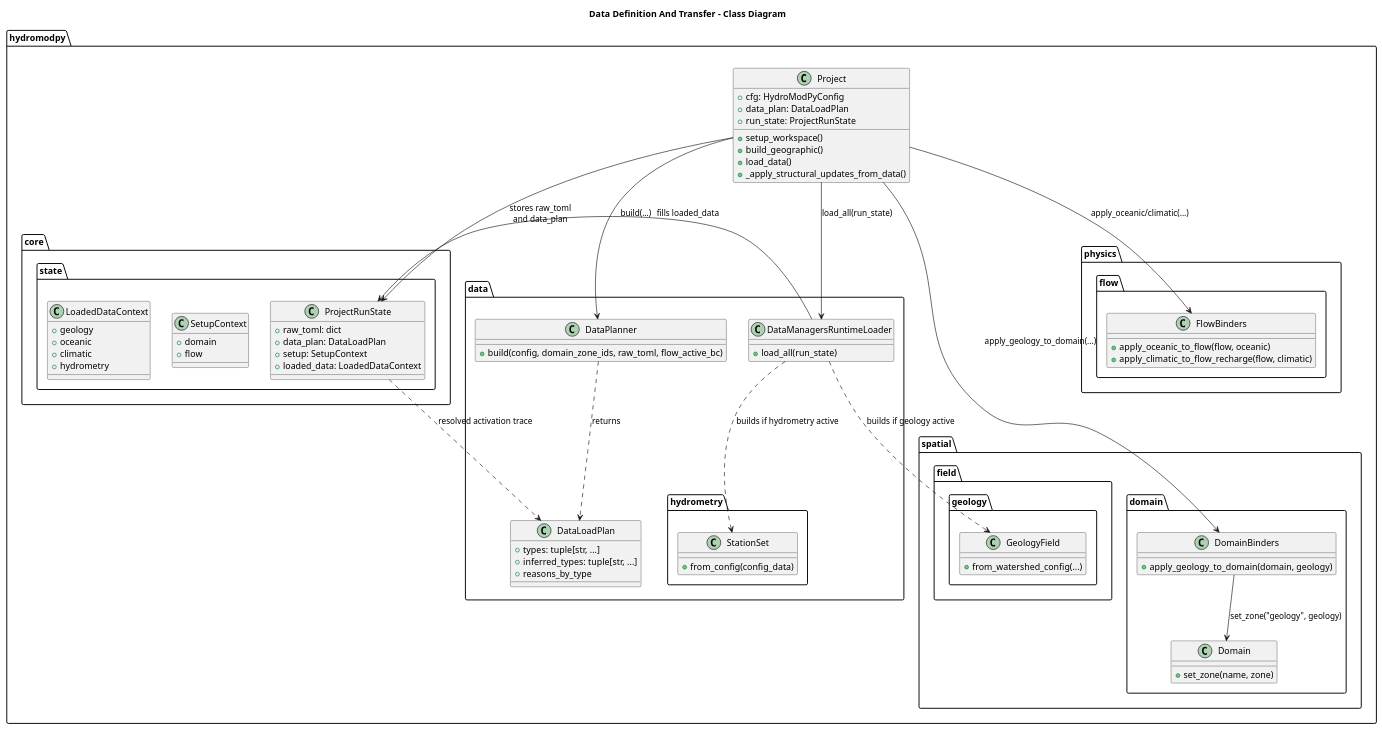
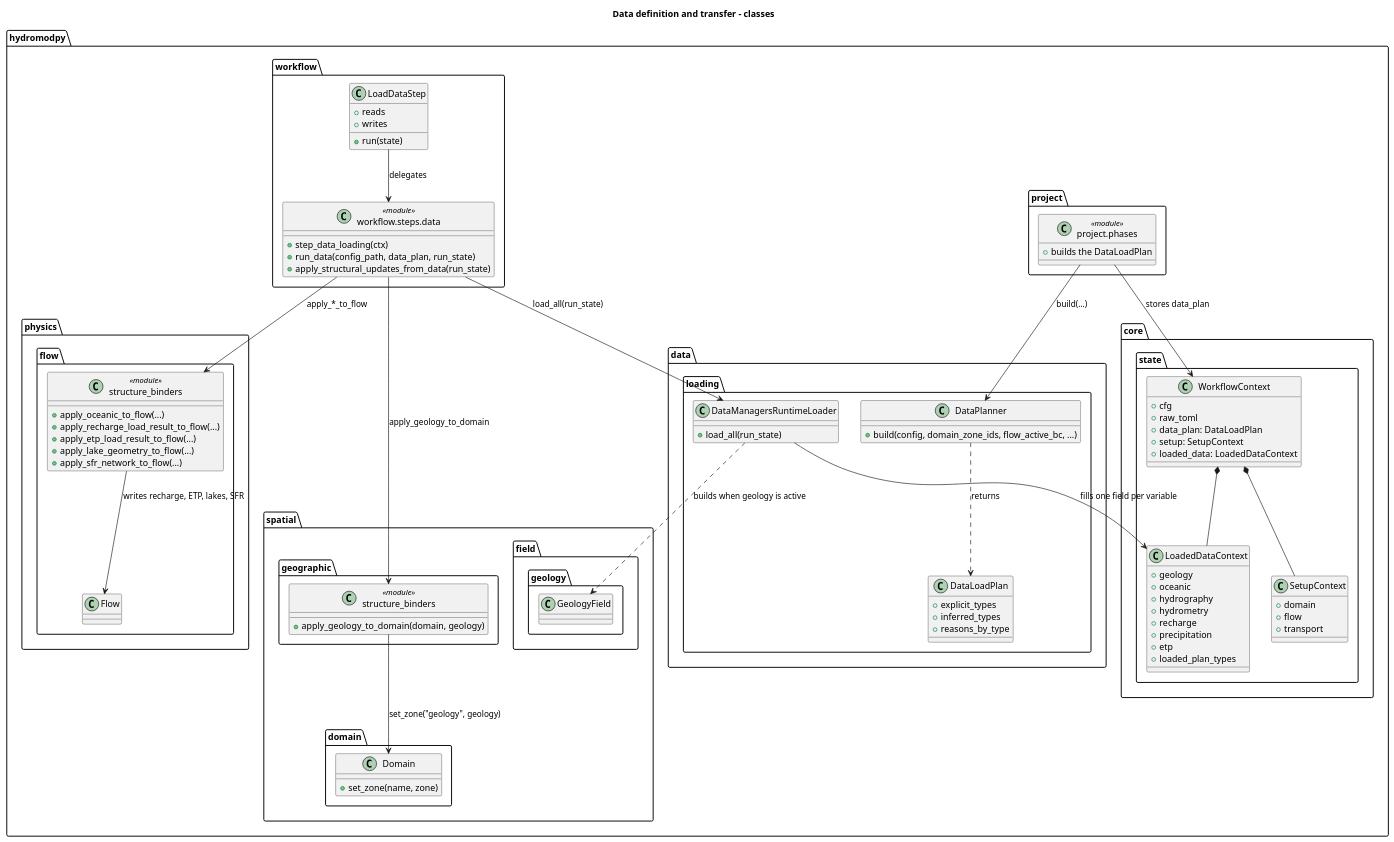
The diagram in docs/source/contribute/architecture/data_loading/diagrams/data_definition_transfer_class.wsd (HydroModPy/HydroModPy), drawn with PlantUML before and after one commit. The commit also changed 636 other files, not shown here.

```diff
--- a/docs/source/contribute/architecture/data_loading/diagrams/data_definition_transfer_class.wsd
+++ b/docs/source/contribute/architecture/data_loading/diagrams/data_definition_transfer_class.wsd
@@ -1,96 +1,108 @@
 @startuml
-title Data Definition And Transfer - Class Diagram
+title Data definition and transfer - classes
 
-package "hydromodpy" {
-  class Project {
-    +cfg: HydroModPyConfig
-    +data_plan: DataLoadPlan
-    +run_state: ProjectRunState
-    +setup_workspace()
-    +build_geographic()
-    +load_data()
-    +_apply_structural_updates_from_data()
+package "hydromodpy.project" {
+  class "project.phases" as ProjectPhases <<module>> {
+    +builds the DataLoadPlan
+  }
+}
+
+package "hydromodpy.workflow" {
+  class LoadDataStep {
+    +reads
+    +writes
+    +run(state)
+  }
+  class "workflow.steps.data" as DataStepModule <<module>> {
+    +step_data_loading(ctx)
+    +run_data(config_path, data_plan, run_state)
+    +apply_structural_updates_from_data(run_state)
   }
 }
 
 package "hydromodpy.core.state" {
-  class ProjectRunState {
-    +raw_toml: dict
+  class WorkflowContext {
+    +cfg
+    +raw_toml
     +data_plan: DataLoadPlan
     +setup: SetupContext
     +loaded_data: LoadedDataContext
   }
 
   class SetupContext {
     +domain
     +flow
+    +transport
   }
 
   class LoadedDataContext {
     +geology
     +oceanic
-    +climatic
+    +hydrography
     +hydrometry
+    +recharge
+    +precipitation
+    +etp
+    +loaded_plan_types
   }
 }
 
-package "hydromodpy.data" {
+package "hydromodpy.data.loading" {
   class DataPlanner {
-    +build(config, domain_zone_ids, raw_toml, flow_active_bc)
+    +build(config, domain_zone_ids, flow_active_bc, ...)
   }
 
   class DataLoadPlan {
-    +types: tuple[str, ...]
-    +inferred_types: tuple[str, ...]
+    +explicit_types
+    +inferred_types
     +reasons_by_type
   }
 
   class DataManagersRuntimeLoader {
     +load_all(run_state)
   }
 }
 
 package "hydromodpy.spatial.field.geology" {
-  class GeologyField {
-    +from_watershed_config(...)
-  }
-}
-
-package "hydromodpy.data.hydrometry" {
-  class StationSet {
-    +from_config(config_data)
-  }
+  class GeologyField
 }
 
 package "hydromodpy.spatial.domain" {
   class Domain {
     +set_zone(name, zone)
   }
+}
 
-  class DomainBinders {
+package "hydromodpy.physics.flow" {
+  class Flow
+  class "structure_binders" as FlowBinders <<module>> {
+    +apply_oceanic_to_flow(...)
+    +apply_recharge_load_result_to_flow(...)
+    +apply_etp_load_result_to_flow(...)
+    +apply_lake_geometry_to_flow(...)
+    +apply_sfr_network_to_flow(...)
+  }
+}
+
+package "hydromodpy.spatial.geographic" {
+  class "structure_binders" as DomainBinders <<module>> {
     +apply_geology_to_domain(domain, geology)
   }
 }
 
-package "hydromodpy.physics.flow" {
-  class FlowBinders {
-    +apply_oceanic_to_flow(flow, oceanic)
-    +apply_climatic_to_flow_recharge(flow, climatic)
-  }
-}
+ProjectPhases --> DataPlanner : build(...)
+DataPlanner ..> DataLoadPlan : returns
+ProjectPhases --> WorkflowContext : stores data_plan
+LoadDataStep --> DataStepModule : delegates
+DataStepModule --> DataManagersRuntimeLoader : load_all(run_state)
+DataManagersRuntimeLoader --> LoadedDataContext : fills one field per variable
+DataManagersRuntimeLoader ..> GeologyField : builds when geology is active
 
-Project --> DataPlanner : build(...)
-DataPlanner ..> DataLoadPlan : returns
-Project --> ProjectRunState : stores raw_toml\nand data_plan
-Project --> DataManagersRuntimeLoader : load_all(run_state)
-DataManagersRuntimeLoader --> ProjectRunState : fills loaded_data
+WorkflowContext *-- SetupContext
+WorkflowContext *-- LoadedDataContext
 
-DataManagersRuntimeLoader ..> GeologyField : builds if geology active
-DataManagersRuntimeLoader ..> StationSet : builds if hydrometry active
-
-Project --> DomainBinders : apply_geology_to_domain(...)
+DataStepModule --> DomainBinders : apply_geology_to_domain
 DomainBinders --> Domain : set_zone("geology", geology)
-Project --> FlowBinders : apply_oceanic/climatic(...)
-
-ProjectRunState ..> DataLoadPlan : resolved activation trace
+DataStepModule --> FlowBinders : apply_*_to_flow
+FlowBinders --> Flow : writes recharge, ETP, lakes, SFR
 @enduml
```
